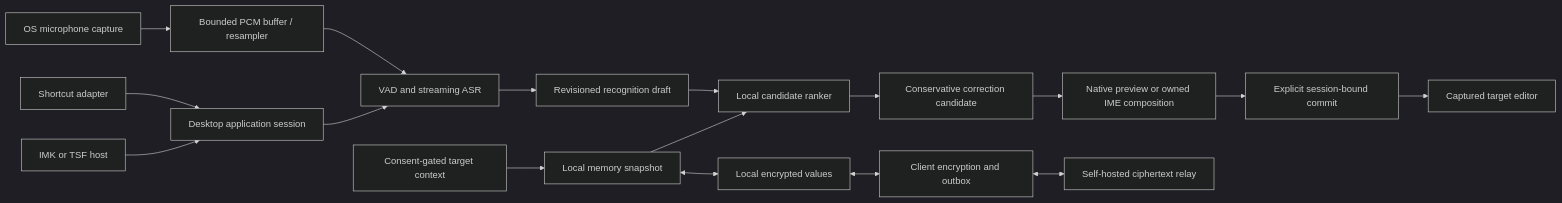
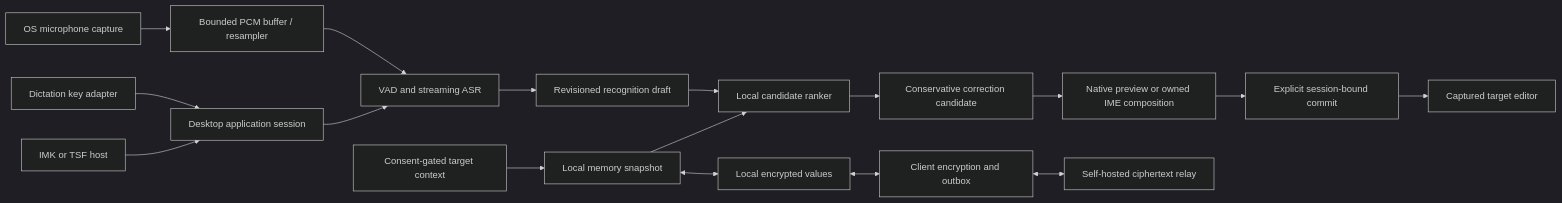
The first of 2 diagrams in docs/project/architecture.md (AstraFoundry/Arion), drawn with Mermaid (dark theme) before and after one commit. The commit also changed other lines of this file and 817 other files, not shown here.

````diff
--- a/docs/project/architecture.md
+++ b/docs/project/architecture.md
@@ -5,19 +5,19 @@
 ```mermaid
 flowchart LR
-    Hotkey[Shortcut adapter] --> Session[Desktop application session]
+    Hotkey[Dictation key adapter] --> Session[Desktop application session]
     IME[IMK or TSF host] --> Session
     Mic[OS microphone capture] --> PCM[Bounded PCM buffer / resampler]
     PCM --> VAD[VAD and streaming ASR]
     Session --> VAD
     Context[Consent-gated target context] --> Memory[Local memory snapshot]
     Memory --> Rank[Local candidate ranker]
     VAD --> Draft[Revisioned recognition draft]
     Draft --> Rank
     Rank --> Correct[Conservative correction candidate]
     Correct --> Preview[Native preview or owned IME composition]
     Preview --> Commit[Explicit session-bound commit]
     Commit --> Target[Captured target editor]
     Memory <--> Vault[Local encrypted values]
     Vault <--> Sync[Client encryption and outbox]
     Sync <--> Relay[Self-hosted ciphertext relay]
 ```
````
